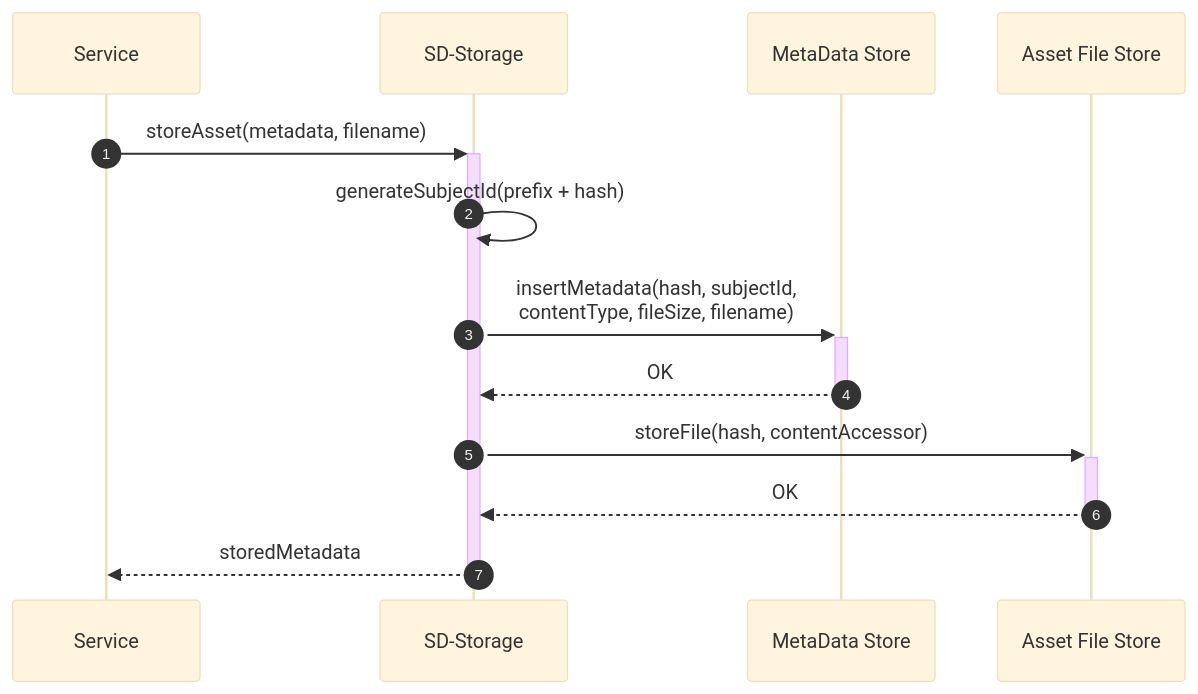
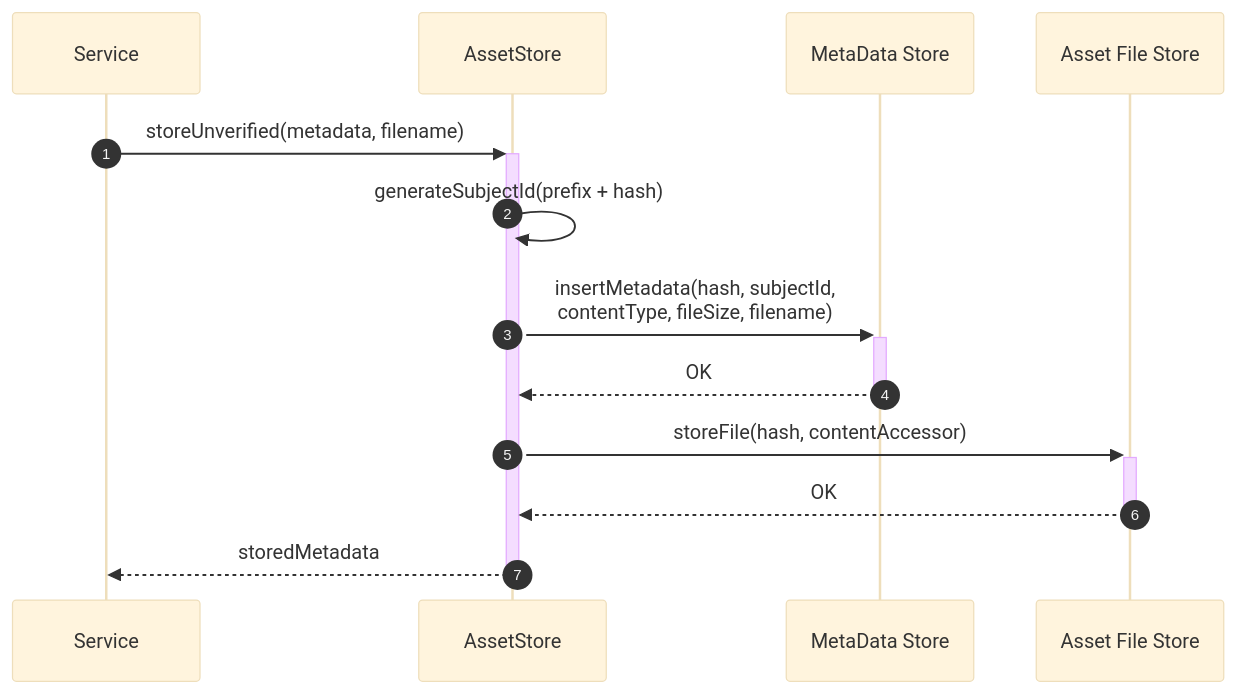
Before and after one commit to federated-catalogue-enhancements-2026/docs: diagram 31 of 34 in federated-catalogue/src/docs/architecture/chapters/06_runtime_view.adoc, drawn with Mermaid (base theme). The commit also changed other lines of this file and 11 other files, not shown here.

```diff
--- a/federated-catalogue/src/docs/architecture/chapters/06_runtime_view.adoc
+++ b/federated-catalogue/src/docs/architecture/chapters/06_runtime_view.adoc
@@ -999,16 +999,16 @@
 [mermaid, width=2000]
 ....
 sequenceDiagram
     autonumber
     participant Service
-    participant SDStore as SD-Storage
+    participant AssetStore as AssetStore
     participant MetaData as MetaData Store
     participant FileStore as Asset File Store
-    Service ->> + SDStore: storeAsset(metadata, filename)
-    SDStore ->> SDStore: generateSubjectId(prefix + hash)
-    SDStore ->> + MetaData: insertMetadata(hash, subjectId,<br>contentType, fileSize, filename)
-    MetaData -->> - SDStore: OK
-    SDStore ->> + FileStore: storeFile(hash, contentAccessor)
-    FileStore -->> - SDStore: OK
-    SDStore -->> - Service: storedMetadata
+    Service ->> + AssetStore: storeUnverified(metadata, filename)
+    AssetStore ->> AssetStore: generateSubjectId(prefix + hash)
+    AssetStore ->> + MetaData: insertMetadata(hash, subjectId,<br>contentType, fileSize, filename)
+    MetaData -->> - AssetStore: OK
+    AssetStore ->> + FileStore: storeFile(hash, contentAccessor)
+    FileStore -->> - AssetStore: OK
+    AssetStore -->> - Service: storedMetadata
 ....
```
